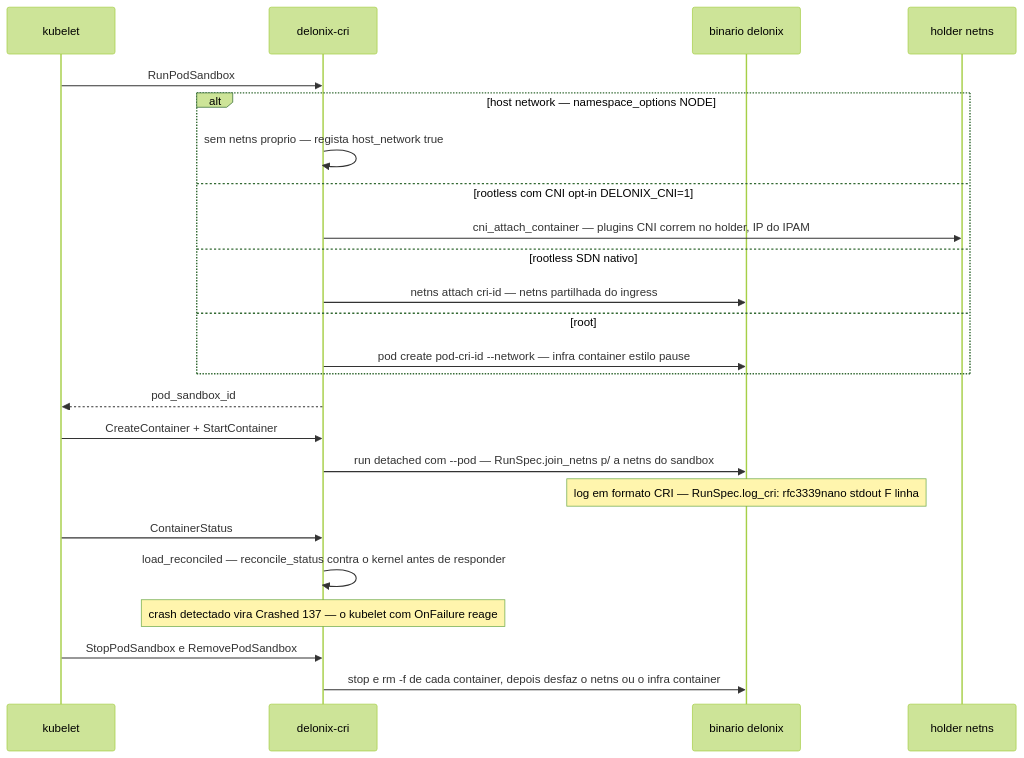
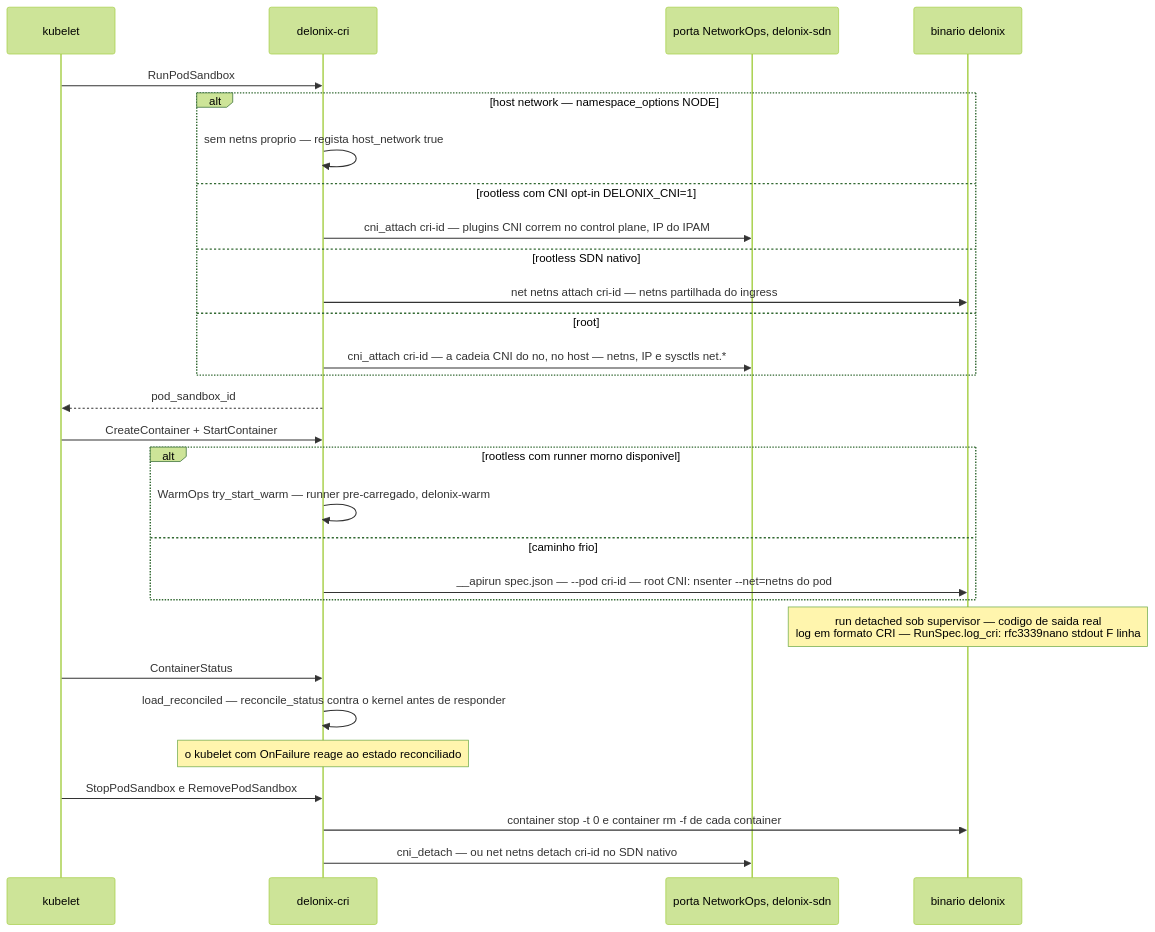
One commit to ngolacloud/delonix changed the sixth of 7 diagrams in ARCHITECTURE.md. Above: the diagram before and after it, drawn with Mermaid (forest theme). The commit also changed other lines of this file and 25 other files, not shown here.

First line of the commit message:
docs(architecture): a documentação dos #1044, #1049, #1047 e #1048 chega a main com a v0.2.1 (#1062)

````diff
--- a/ARCHITECTURE.md
+++ b/ARCHITECTURE.md
@@ -519,27 +826,32 @@
 ```mermaid
 sequenceDiagram
     participant KL as kubelet
     participant CRI as delonix-cri
+    participant NET as porta NetworkOps, delonix-sdn
     participant D as binario delonix
-    participant H as holder netns
 
     KL->>CRI: RunPodSandbox
     alt host network — namespace_options NODE
         CRI->>CRI: sem netns proprio — regista host_network true
     else rootless com CNI opt-in DELONIX_CNI=1
-        CRI->>H: cni_attach_container — plugins CNI correm no holder, IP do IPAM
+        CRI->>NET: cni_attach cri-id — plugins CNI correm no control plane, IP do IPAM
     else rootless SDN nativo
-        CRI->>D: netns attach cri-id — netns partilhada do ingress
+        CRI->>D: net netns attach cri-id — netns partilhada do ingress
     else root
-        CRI->>D: pod create pod-cri-id --network — infra container estilo pause
+        CRI->>NET: cni_attach cri-id — a cadeia CNI do no, no host — netns, IP e sysctls net.*
     end
     CRI-->>KL: pod_sandbox_id
     KL->>CRI: CreateContainer + StartContainer
-    CRI->>D: run detached com --pod — RunSpec.join_netns p/ a netns do sandbox
-    Note over D: log em formato CRI — RunSpec.log_cri: rfc3339nano stdout F linha
+    alt rootless com runner morno disponivel
+        CRI->>CRI: WarmOps try_start_warm — runner pre-carregado, delonix-warm
+    else caminho frio
+        CRI->>D: __apirun spec.json — --pod cri-id — root CNI: nsenter --net=netns do pod
+    end
+    Note over D: run detached sob supervisor — codigo de saida real<br>log em formato CRI — RunSpec.log_cri: rfc3339nano stdout F linha
     KL->>CRI: ContainerStatus
     CRI->>CRI: load_reconciled — reconcile_status contra o kernel antes de responder
-    Note over CRI: crash detectado vira Crashed 137 — o kubelet com OnFailure reage
+    Note over CRI: o kubelet com OnFailure reage ao estado reconciliado
     KL->>CRI: StopPodSandbox e RemovePodSandbox
-    CRI->>D: stop e rm -f de cada container, depois desfaz o netns ou o infra container
+    CRI->>D: container stop -t 0 e container rm -f de cada container
+    CRI->>NET: cni_detach — ou net netns detach cri-id no SDN nativo
 ```
````
